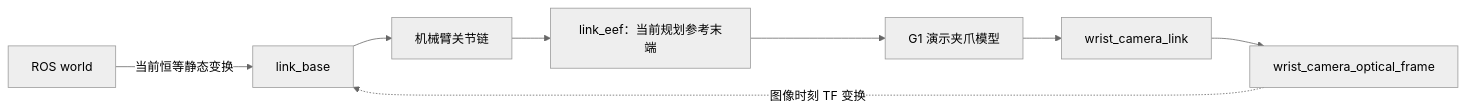
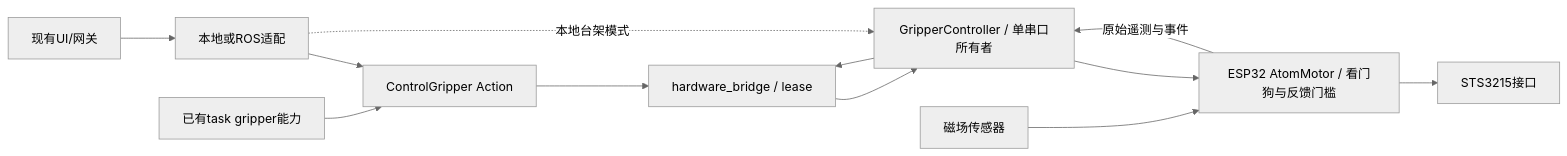
One commit to wyf9613/ATOM changed the second of 2 diagrams in docs/SYSTEM_ARCHITECTURE.md. Above: the diagram before and after it, drawn with Mermaid (neutral theme). The commit also changed other lines of this file and 204 other files, not shown here.

````diff
--- a/docs/SYSTEM_ARCHITECTURE.md
+++ b/docs/SYSTEM_ARCHITECTURE.md
@@ -243,10 +62,14 @@
 ```mermaid
 flowchart LR
-    W[ROS world] -->|当前恒等静态变换| B[link_base]
-    B --> J[机械臂关节链]
-    J --> E[link_eef：当前规划参考末端]
-    E --> G[G1 演示夹爪模型]
-    G --> C[wrist_camera_link]
-    C --> O[wrist_camera_optical_frame]
-    O -.图像时刻 TF 变换.-> B
+  UI[现有UI/网关] --> AD[本地或ROS适配]
+  TASK[已有task gripper能力] --> ACTION[ControlGripper Action]
+  AD --> ACTION
+  ACTION --> BR[hardware_bridge / lease]
+  AD -.本地台架模式.-> HOST[GripperController / 单串口所有者]
+  BR --> HOST
+  HOST --> MCU[ESP32 AtomMotor / 看门狗与反馈门槛]
+  MCU --> SERVO[STS3215接口]
+  MAG[磁场传感器] --> MCU
+  MCU -->|原始遥测与事件| HOST
+  HOST --> BR
 ```
````
